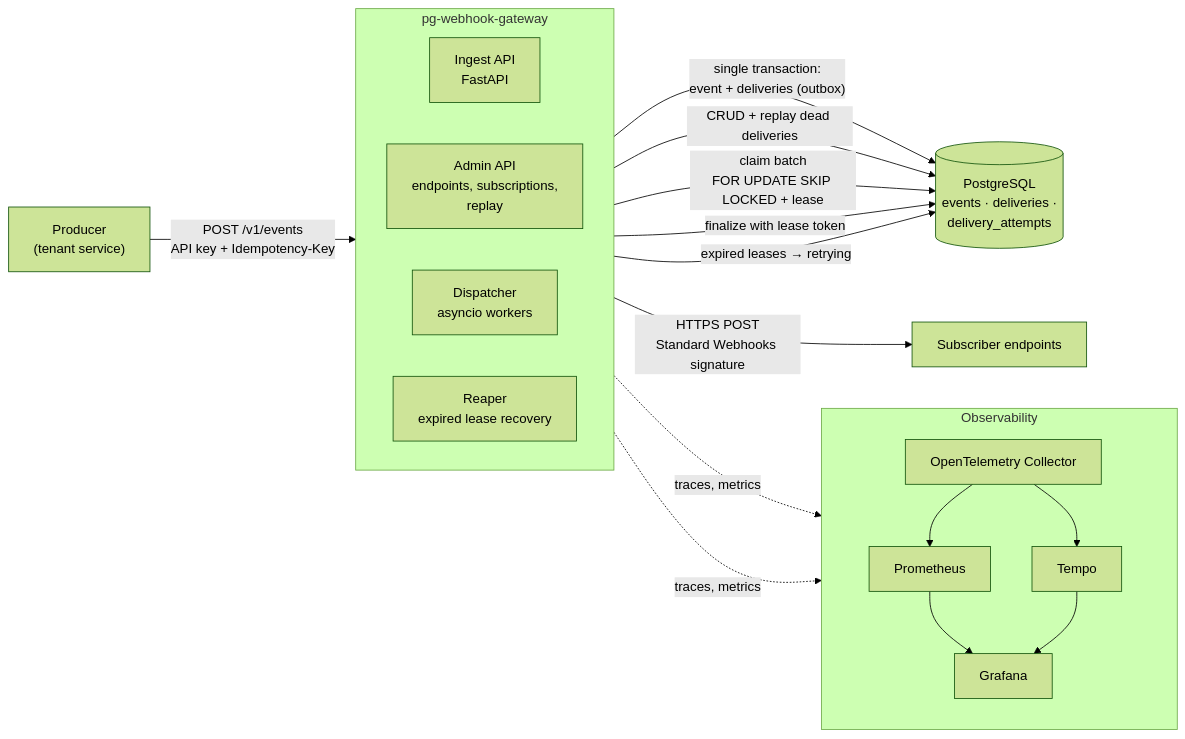
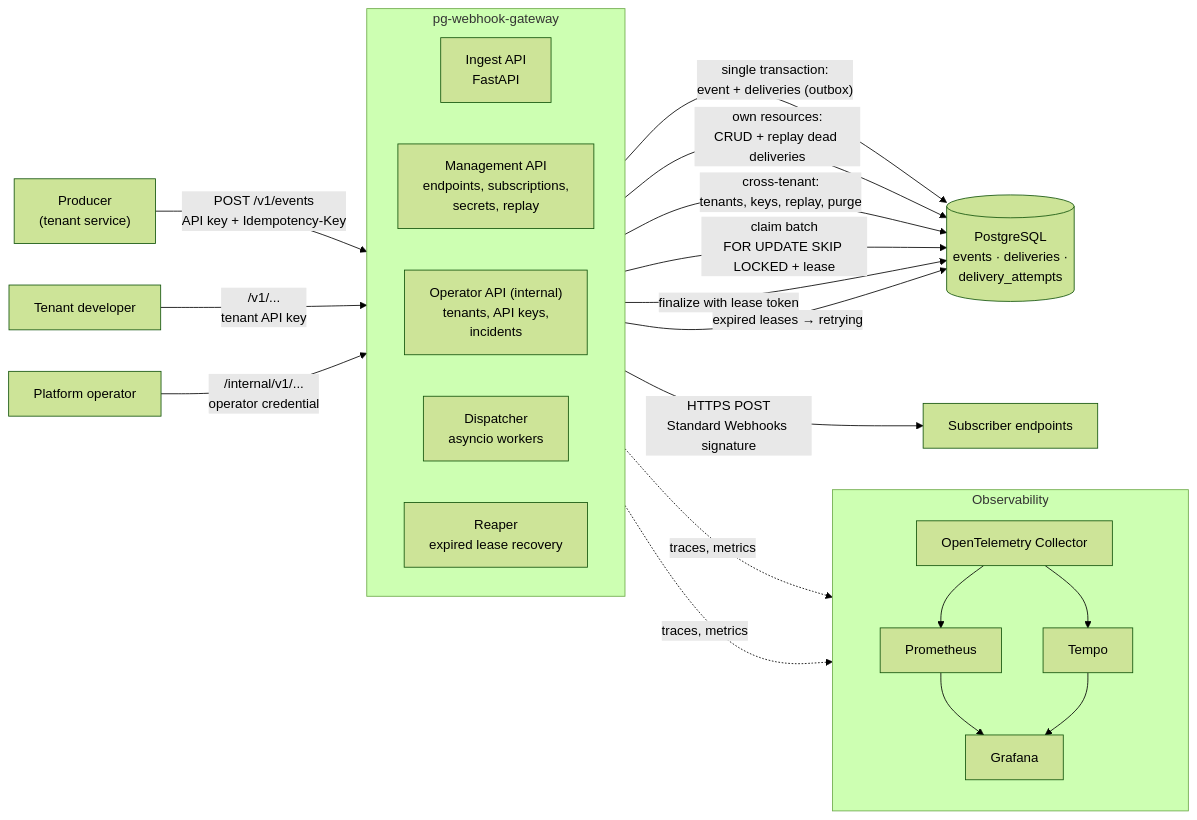
Before and after one commit to dandobjim/pg-webhook-gateway: the diagram in README.md, drawn with Mermaid (forest theme). The commit also changed 5 other files, not shown here.

````diff
--- a/README.md
+++ b/README.md
@@ -101,38 +101,44 @@
 ```mermaid
 flowchart LR
     producer["Producer<br/>(tenant service)"]
+    tenant["Tenant developer"]
+    operator["Platform operator"]
 
     subgraph gateway["pg-webhook-gateway"]
         direction LR
         api["Ingest API<br/>FastAPI"]
-        admin["Admin API<br/>endpoints, subscriptions,<br/>replay"]
+        mgmt["Management API<br/>endpoints, subscriptions,<br/>secrets, replay"]
+        opsapi["Operator API (internal)<br/>tenants, API keys,<br/>incidents"]
         dispatcher["Dispatcher<br/>asyncio workers"]
         reaper["Reaper<br/>expired lease recovery"]
     end
 
     db[("PostgreSQL<br/>events · deliveries ·<br/>delivery_attempts")]
     subscribers["Subscriber endpoints"]
 
     subgraph observability["Observability"]
         direction TB
         otel["OpenTelemetry Collector"]
         prom["Prometheus"]
         tempo["Tempo"]
         grafana["Grafana"]
     end
 
     producer -->|"POST /v1/events<br/>API key + Idempotency-Key"| api
     api -->|"single transaction:<br/>event + deliveries (outbox)"| db
-    admin -->|"CRUD + replay dead deliveries"| db
+    tenant -->|"/v1/...<br/>tenant API key"| mgmt
+    operator -->|"/internal/v1/...<br/>operator credential"| opsapi
+    mgmt -->|"own resources:<br/>CRUD + replay dead deliveries"| db
+    opsapi -->|"cross-tenant:<br/>tenants, keys, replay, purge"| db
     dispatcher -->|"claim batch<br/>FOR UPDATE SKIP LOCKED + lease"| db
     dispatcher -->|"HTTPS POST<br/>Standard Webhooks signature"| subscribers
     dispatcher -->|"finalize with lease token"| db
     reaper -->|"expired leases → retrying"| db
 
     api -.->|traces, metrics| otel
     dispatcher -.->|traces, metrics| otel
     otel --> prom
     otel --> tempo
     prom --> grafana
     tempo --> grafana
 ```
````
